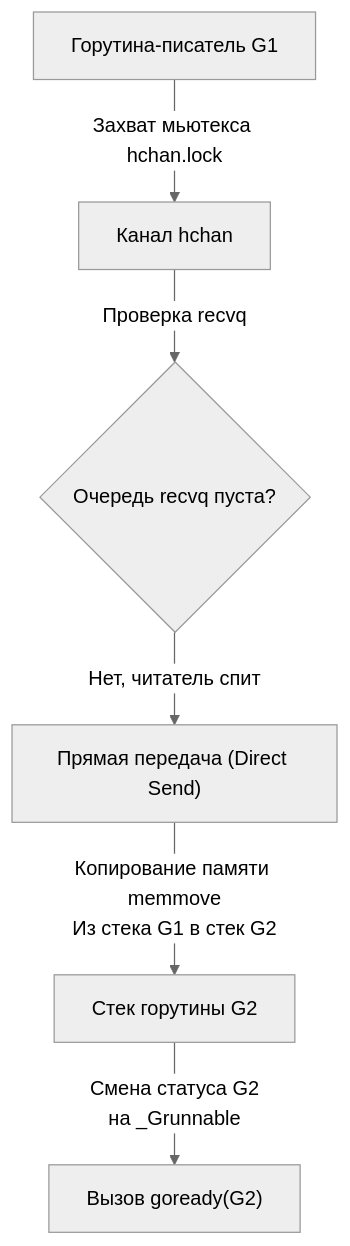
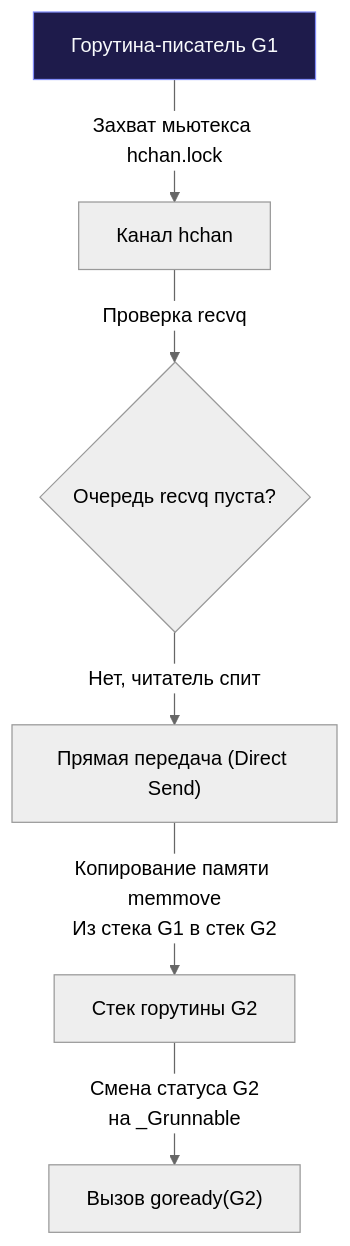
One commit to UnrealTemplier/go-textbook changed the second of 2 diagrams in sources/7. Глубокий Go (Внутреннее устройство)/13. Каналы под капотом. hchan, sudog, sendq, recvq.md. Above: the diagram before and after it, drawn with Mermaid (neutral theme). The commit also changed other lines of this file and 1666 other files, not shown here.

First line of the commit message:
feat(mermaid): add semantic color classDef to 1369 colorless flowchart/graph diagrams

````diff
--- a/sources/7. Глубокий Go (Внутреннее устройство)/13. Каналы под капотом. hchan, sudog, sendq, recvq.md
+++ b/sources/7. Глубокий Go (Внутреннее устройство)/13. Каналы под капотом. hchan, sudog, sendq, recvq.md
@@ -64,9 +74,19 @@
 ```mermaid
 flowchart TD
-    SENDER["Горутина-писатель G1"] -->|Захват мьютекса hchan.lock| CHAN["Канал hchan"]
+    classDef process  fill:#1e293b,stroke:#38bdf8,stroke-width:1px,color:#f8fafc
+    classDef success  fill:#064e3b,stroke:#34d399,stroke-width:1px,color:#f8fafc
+    classDef error    fill:#7f1d1d,stroke:#f87171,stroke-width:1px,color:#f8fafc
+    classDef warning  fill:#78350f,stroke:#fbbf24,stroke-width:1px,color:#f8fafc
+    classDef entry    fill:#1e3a5f,stroke:#38bdf8,stroke-width:2px,color:#f8fafc
+    classDef aux      fill:#334155,stroke:#64748b,stroke-width:1px,color:#f8fafc
+    classDef system   fill:#312e81,stroke:#a78bfa,stroke-width:1px,color:#f8fafc
+    classDef data     fill:#132d29,stroke:#2dd4bf,stroke-width:1px,color:#f8fafc
+    classDef network  fill:#881337,stroke:#fb7185,stroke-width:1px,color:#f8fafc
+    classDef accent   fill:#1e1b4b,stroke:#818cf8,stroke-width:1px,color:#f8fafc
+    SENDER["Горутина-писатель G1"]:::accent -->|Захват мьютекса hchan.lock| CHAN["Канал hchan"]
     CHAN -->|Проверка recvq| IS_EMPTY{"Очередь recvq пуста?"}
     IS_EMPTY -->|Нет, читатель спит| DIRECT["Прямая передача (Direct Send)"]
     
     DIRECT -->|"Копирование памяти memmove<br>Из стека G1 в стек G2"| STACK_G2["Стек горутины G2"]
     STACK_G2 -->|"Смена статуса G2<br>на _Grunnable"| WAKE["Вызов goready(G2)"]
 ```
````
